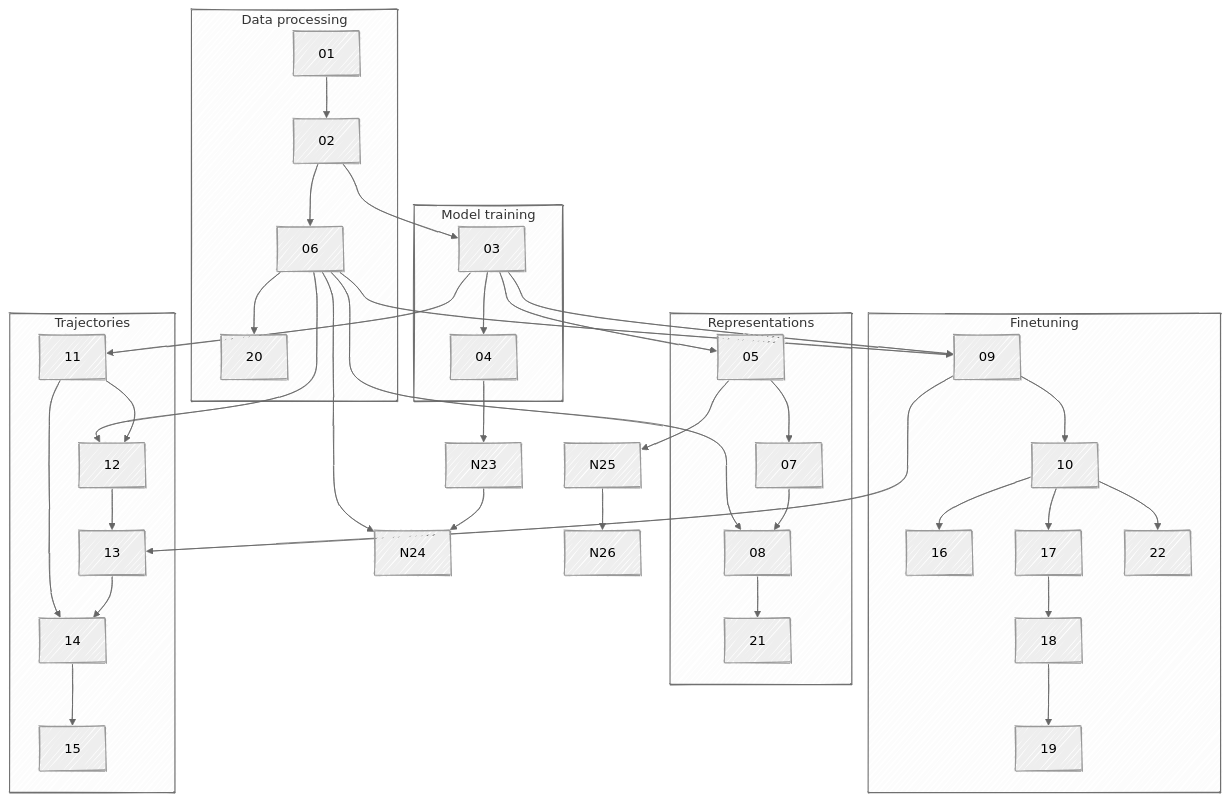
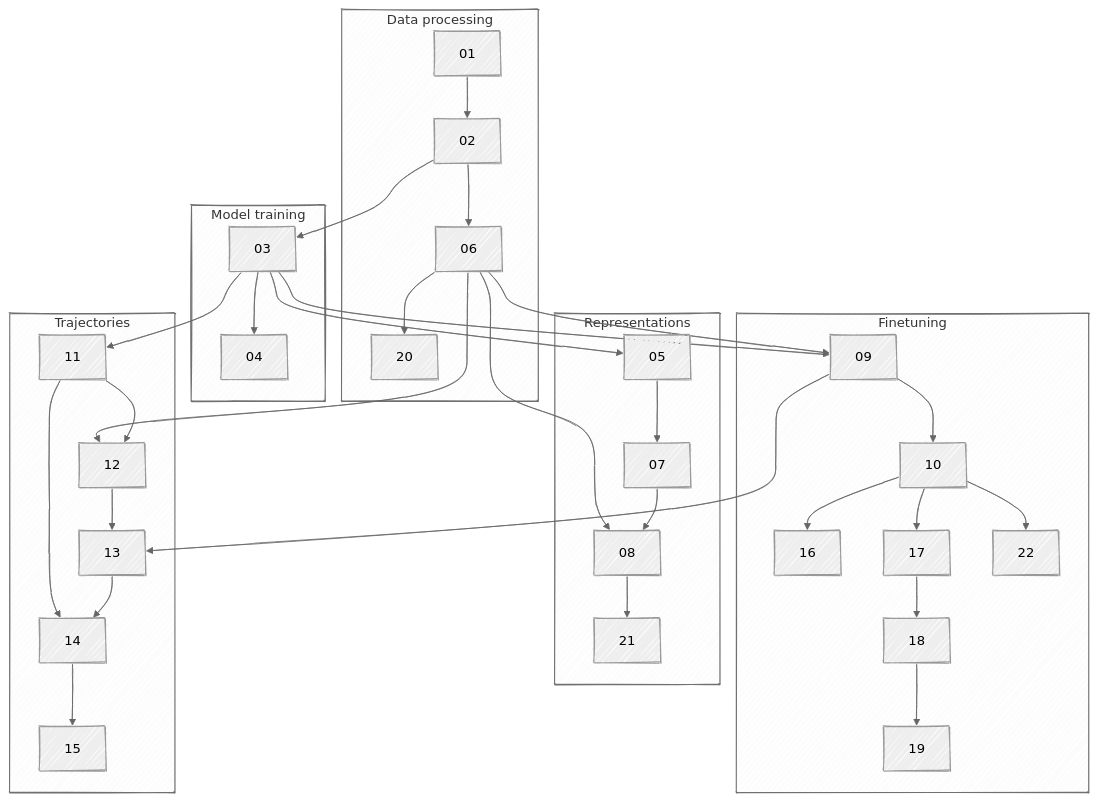
The diagram in README.md (bbj-lab/fms-ehrs), drawn with Mermaid before and after one commit.

Commit message:
Update README.md
edit graphic

````diff
--- a/README.md
+++ b/README.md
@@ -24,60 +24,57 @@
 ```mermaid
 ---
 config:
   theme: neutral
   look: handDrawn
   layout: fixed
   themeCSS: "* { overflow: visible; }"
 ---
 flowchart TD
  subgraph s1["Data processing"]
         N1["01"]
         N2["02"]
         N6["06"]
         N20["20"]
   end
  subgraph s2["Model training"]
         N3["03"]
         N4["04"]
   end
  subgraph s3["Representations"]
         N5["05"]
         N7["07"]
         N8["08"]
         N21["21"]
   end
  subgraph s4["Finetuning"]
         N9["09"]
         N10["10"]
         N16["16"]
         N17["17"]
         N18["18"]
         N19["19"]
         N22["22"]
   end
  subgraph s5["Trajectories"]
         N11["11"]
         N12["12"]
         N13["13"]
         N14["14"]
         N15["15"]
   end
     N1 --> N2
     N2 --> N6 & N3
-    N6 --> N20 & N8 & N9 & N12 & N24
+    N6 --> N20 & N8 & N9 & N12
     N3 --> N4 & N5 & N9 & N11
-    N4 --> N23
-    N5 --> N7 & N25
+    N5 --> N7
     N7 --> N8
     N8 --> N21
     N9 --> N10 & N13
     N10 --> N16 & N17 & N22
     N11 --> N12 & N14
     N12 --> N13
     N13 --> N14
     N14 --> N15
     N17 --> N18
     N18 --> N19
-    N23 --> N24
-    N25 --> N26
 ```
````
